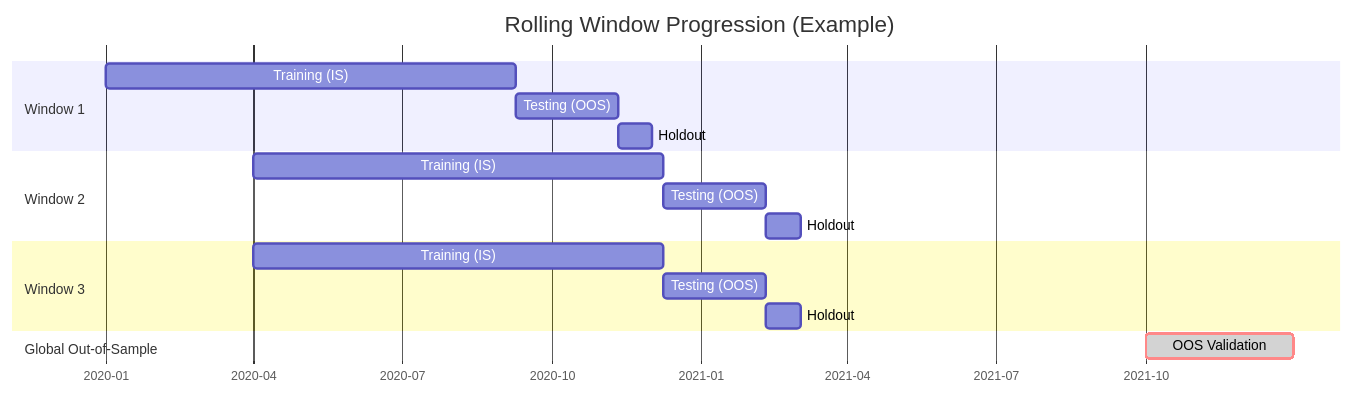
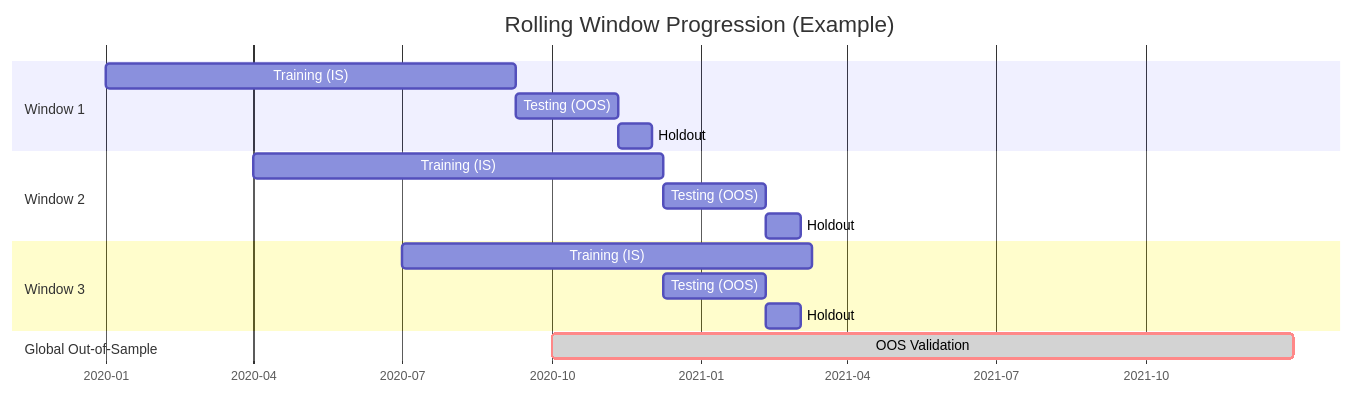
The second of 3 diagrams in docs/alpha-research/framework/walkforward-analysis.md (xxxxyyyy80008/xxxxyyyy80008.github.io), drawn with Mermaid before and after one commit. The commit also changed other lines of this file, not shown here.

````diff
--- a/docs/alpha-research/framework/walkforward-analysis.md
+++ b/docs/alpha-research/framework/walkforward-analysis.md
@@ -79,24 +59,24 @@
 ```mermaid
 gantt
     title Rolling Window Progression (Example)
     dateFormat YYYY-MM-DD
     axisFormat %Y-%m
     
     section Window 1
     Training (IS)      :a1, 2020-01-01, 252d
     Testing (OOS)      :a2, after a1, 63d
     Holdout            :a3, after a2, 21d
     
     section Window 2
     Training (IS)      :b1, 2020-04-01, 252d
     Testing (OOS)      :b2, after b1, 63d
     Holdout            :b3, after b2, 21d  
     
     section Window 3
-    Training (IS)      :b1, 2020-04-01, 252d
-    Testing (OOS)      :b2, after b1, 63d
-    Holdout            :b3, after b2, 21d  
+    Training (IS)      :c, 2020-07-01, 252d
+    Testing (OOS)      :c2, after b1, 63d
+    Holdout            :c3, after b2, 21d  
 
     section Global Out-of-Sample
-    OOS Validation     :crit,    done, 2021-10-01, 2021-12-31
+    OOS Validation     :crit,    done, 2020-10-01, 2021-12-31
 ```
````
